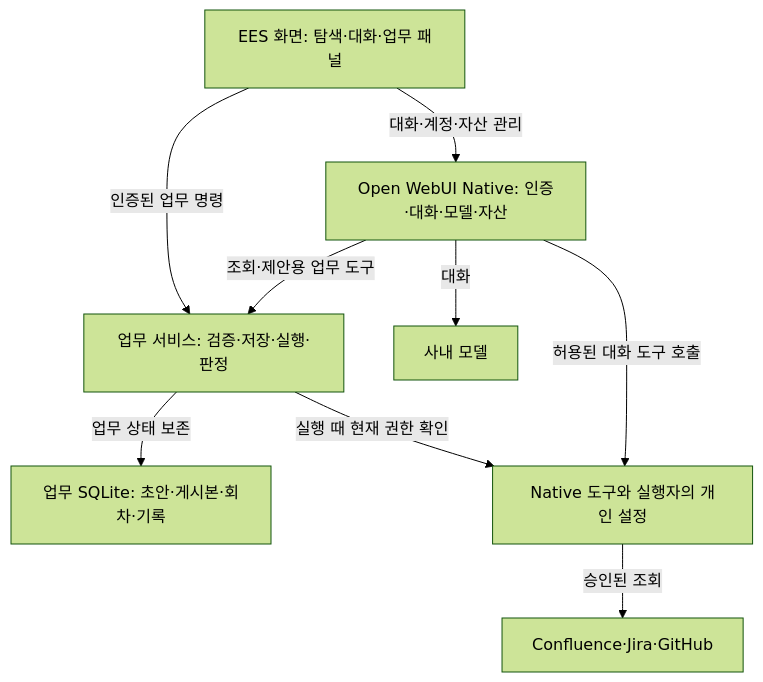
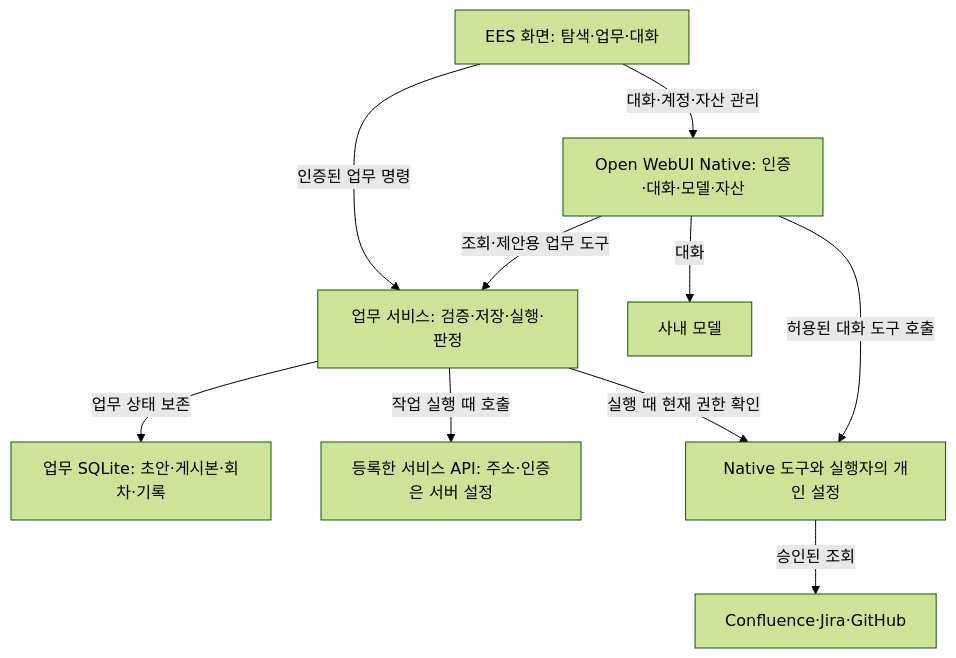
The diagram in README.md (knadalkim-a11y/team-agent-poc), drawn with Mermaid (forest theme) before and after one commit. The commit also changed other lines of this file and 2 other files, not shown here.

````diff
--- a/README.md
+++ b/README.md
@@ -127,18 +40,20 @@
 ```mermaid
 flowchart TD
-  UI["EES 화면: 탐색·대화·업무 패널"]
+  UI["EES 화면: 탐색·업무·대화"]
   Native["Open WebUI Native: 인증·대화·모델·자산"]
   Work["업무 서비스: 검증·저장·실행·판정"]
   DB["업무 SQLite: 초안·게시본·회차·기록"]
   Model["사내 모델"]
+  Api["등록한 서비스 API: 주소·인증은 서버 설정"]
   Tool["Native 도구와 실행자의 개인 설정"]
   Source["Confluence·Jira·GitHub"]
   UI -->|"대화·계정·자산 관리"| Native
   UI -->|"인증된 업무 명령"| Work
   Native -->|"조회·제안용 업무 도구"| Work
   Native -->|"대화"| Model
   Work -->|"업무 상태 보존"| DB
+  Work -->|"작업 실행 때 호출"| Api
   Work -->|"실행 때 현재 권한 확인"| Tool
   Native -->|"허용된 대화 도구 호출"| Tool
   Tool -->|"승인된 조회"| Source
 ```
````
